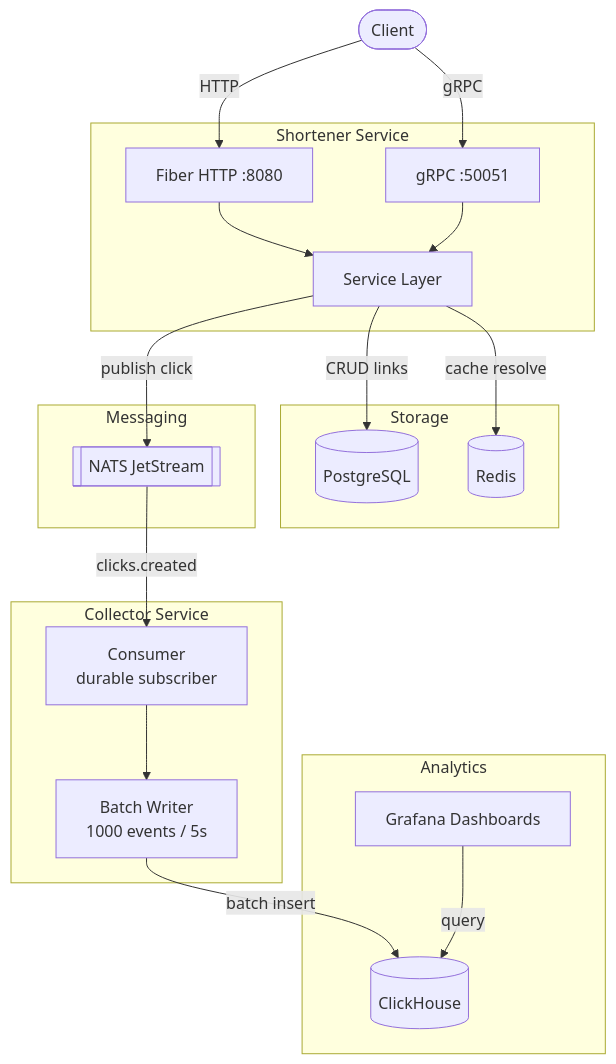
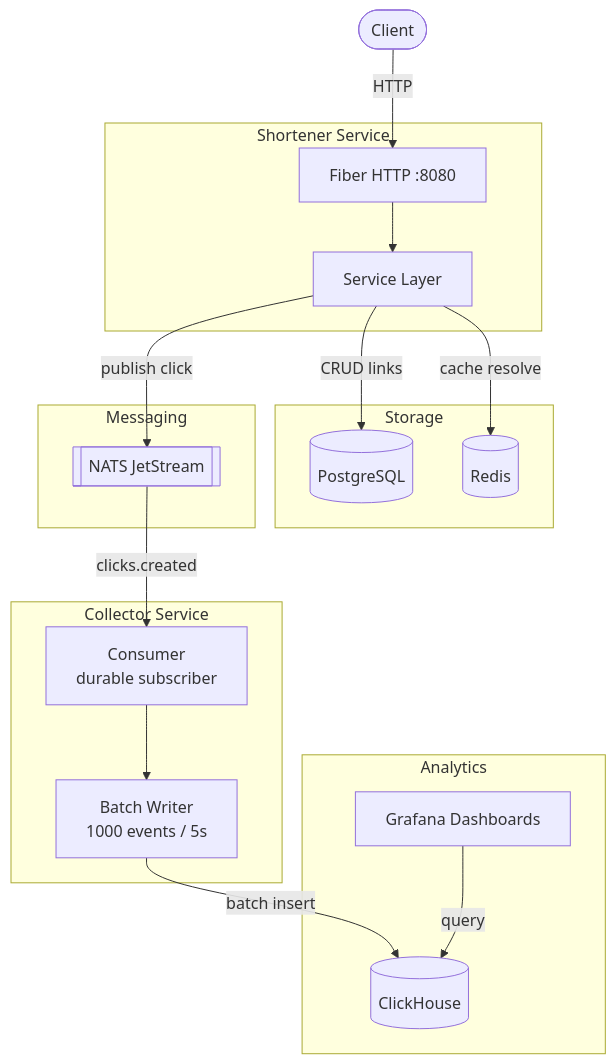
The first of 3 diagrams in README.md (lander1x/snip), drawn with Mermaid before and after one commit. The commit also changed other lines of this file and 11 other files, not shown here.

````diff
--- a/README.md
+++ b/README.md
@@ -7,41 +7,38 @@
 ```mermaid
 graph TB
     Client([Client])
 
     subgraph Shortener Service
         HTTP[Fiber HTTP :8080]
-        GRPC[gRPC :50051]
         SVC[Service Layer]
     end
 
     subgraph Storage
         PG[(PostgreSQL)]
         RD[(Redis)]
     end
 
     subgraph Messaging
         NATS[[NATS JetStream]]
     end
 
     subgraph Collector Service
         CON[Consumer<br/>durable subscriber]
         WR[Batch Writer<br/>1000 events / 5s]
     end
 
     subgraph Analytics
         CH[(ClickHouse)]
         GF[Grafana Dashboards]
     end
 
     Client -->|HTTP| HTTP
-    Client -->|gRPC| GRPC
     HTTP --> SVC
-    GRPC --> SVC
     SVC -->|CRUD links| PG
     SVC -->|cache resolve| RD
     SVC -->|publish click| NATS
     NATS -->|clicks.created| CON
     CON --> WR
     WR -->|batch insert| CH
     GF -->|query| CH
 ```
````
